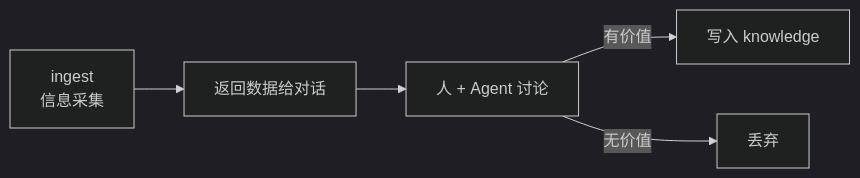
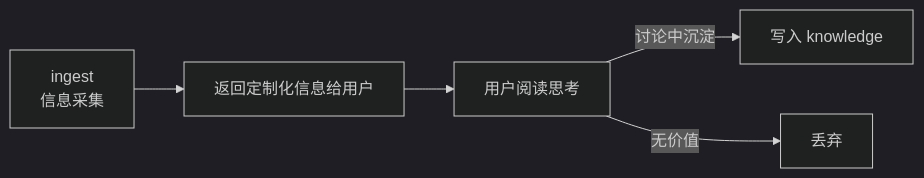
One commit to xinovate/linglong-knowledge changed the third of 6 diagrams in docs/architecture.md. Above: the diagram before and after it, drawn with Mermaid (dark theme). The commit also changed other lines of this file and 5 other files, not shown here.

````diff
--- a/docs/architecture.md
+++ b/docs/architecture.md
@@ -234,7 +241,7 @@
 ```mermaid
 graph LR
-    A[ingest<br/>信息采集] --> B[返回数据给对话]
-    B --> C[人 + Agent 讨论]
-    C -->|有价值| D[写入 knowledge]
+    A[ingest<br/>信息采集] --> B[返回定制化信息给用户]
+    B --> C[用户阅读思考]
+    C -->|讨论中沉淀| D[写入 knowledge]
     C -->|无价值| E[丢弃]
 ```
````
